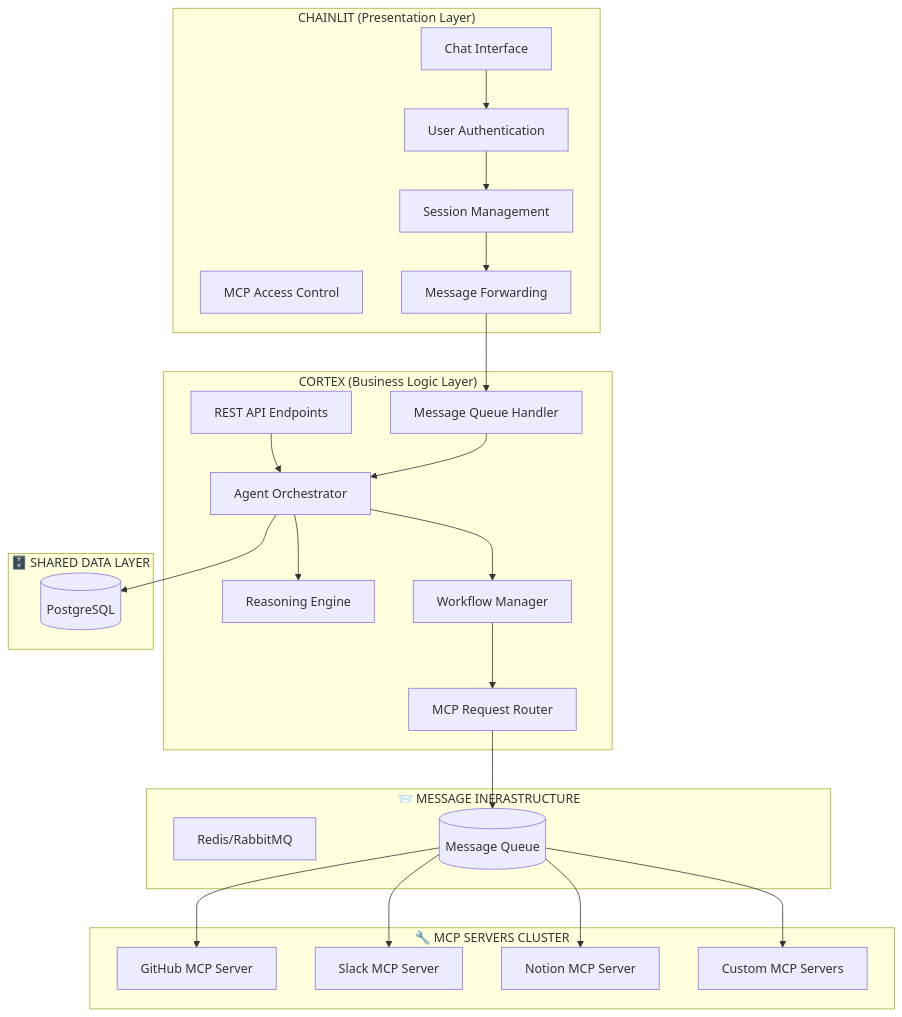
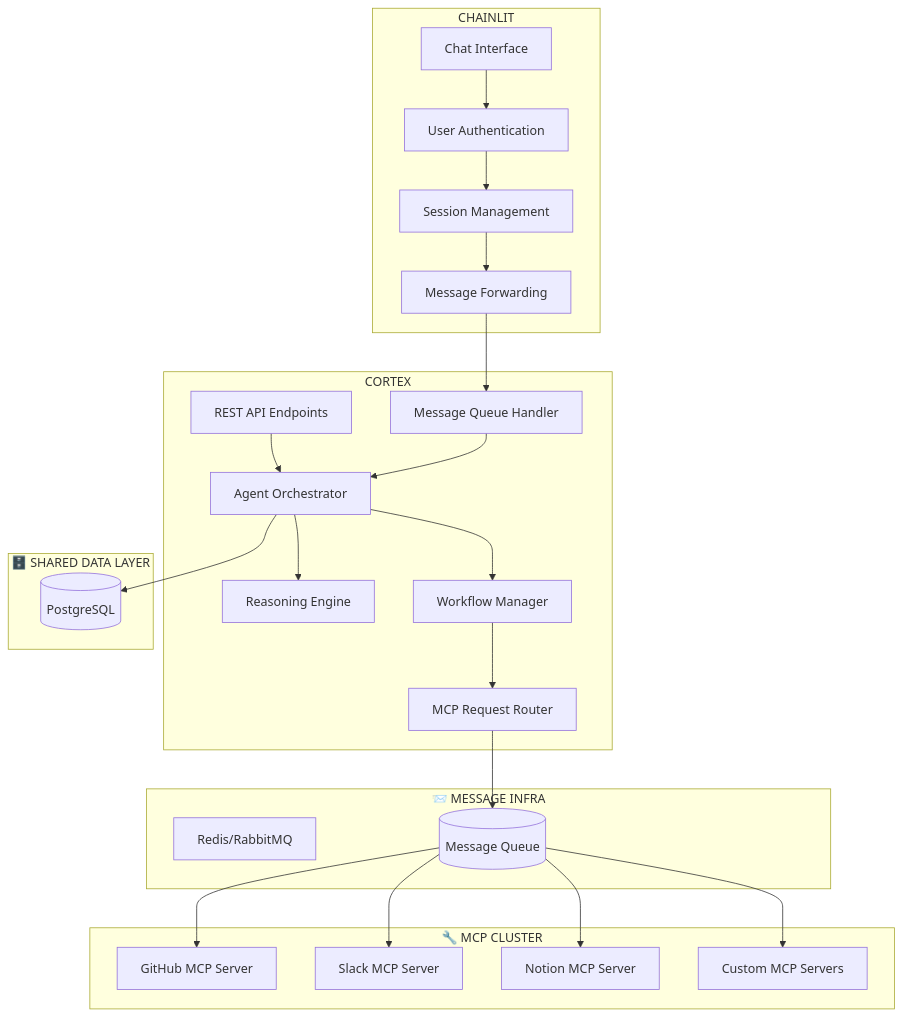
The diagram in diagram.mermaid (drowolath/cortex), drawn with Mermaid before and after one commit.

Commit message:
Diagram cleaning

```diff
--- a/diagram.mermaid
+++ b/diagram.mermaid
@@ -1,53 +1,52 @@
 graph TB
-    subgraph "CHAINLIT (Presentation Layer)"
+    subgraph "CHAINLIT"
         UI[Chat Interface]
         AUTH[User Authentication]
         SESSION[Session Management]
-        MCPAUTH[MCP Access Control]
         MSGFORWARD[Message Forwarding]
     end
 
-    subgraph "CORTEX (Business Logic Layer)"
+    subgraph "CORTEX"
         API[REST API Endpoints]
         QUEUE[Message Queue Handler]
         AGENT[Agent Orchestrator]
         REASONING[Reasoning Engine]
         WORKFLOW[Workflow Manager]
         MCPROUTER[MCP Request Router]
     end
 
-    subgraph "📨 MESSAGE INFRASTRUCTURE"
+    subgraph "📨 MESSAGE INFRA"
         REDIS[Redis/RabbitMQ]
         MSGQUEUE[(Message Queue)]
     end
 
-    subgraph "🔧 MCP SERVERS CLUSTER"
+    subgraph "🔧 MCP CLUSTER"
         GITHUB[GitHub MCP Server]
         SLACK[Slack MCP Server]
         NOTION[Notion MCP Server]
         CUSTOM[Custom MCP Servers]
     end
 
     subgraph "🗄️ SHARED DATA LAYER"
         POSTGRES[(PostgreSQL)]
     end
 
     %% Connections
     UI --> AUTH
     AUTH --> SESSION
     SESSION --> MSGFORWARD
     MSGFORWARD --> QUEUE
 
     API --> AGENT
     QUEUE --> AGENT
     AGENT --> REASONING
     AGENT --> WORKFLOW
     WORKFLOW --> MCPROUTER
     MCPROUTER --> MSGQUEUE
 
     MSGQUEUE --> GITHUB
     MSGQUEUE --> SLACK
     MSGQUEUE --> NOTION
     MSGQUEUE --> CUSTOM
 
     AGENT --> POSTGRES
```
